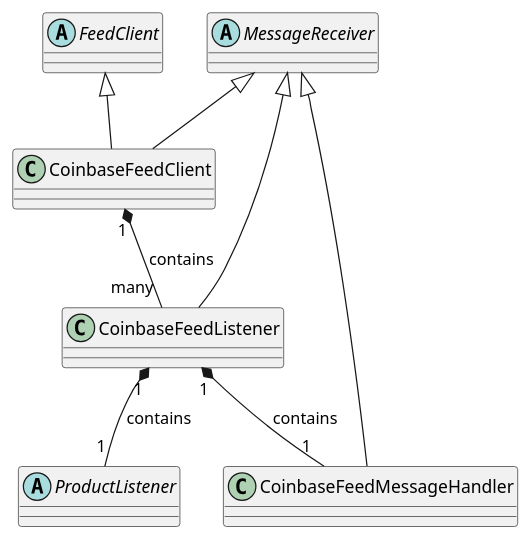
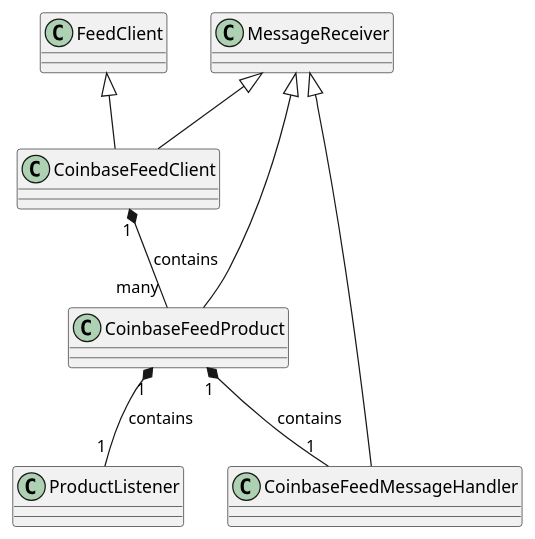
One commit to bapi23/quote-server changed the second of 5 diagrams in docs/markdown.md. Above: the diagram before and after it, drawn with PlantUML. The commit also changed other lines of this file and 25 other files, not shown here.

````diff
--- a/docs/markdown.md
+++ b/docs/markdown.md
@@ -33,20 +32,20 @@
 ```plantuml
-@startuml "FeedClient class diagram"
-abstract FeedClient
+@startuml "FeedClient"
+class FeedClient
 class CoinbaseFeedClient
 
-class CoinbaseFeedListener
+class CoinbaseFeedProduct
 class CoinbaseFeedMessageHandler
-abstract MessageReceiver
-abstract ProductListener
+class MessageReceiver
+class ProductListener
 
-CoinbaseFeedClient "1" *-- "many" CoinbaseFeedListener : contains
+CoinbaseFeedClient "1" *-- "many" CoinbaseFeedProduct : contains
 FeedClient <|-- CoinbaseFeedClient
 MessageReceiver <|-- CoinbaseFeedClient
 MessageReceiver <|-- CoinbaseFeedMessageHandler
-MessageReceiver <|-- CoinbaseFeedListener
+MessageReceiver <|-- CoinbaseFeedProduct
 
-CoinbaseFeedListener "1" *-- "1" CoinbaseFeedMessageHandler : contains
-CoinbaseFeedListener "1" *-- "1" ProductListener : contains
+CoinbaseFeedProduct "1" *-- "1" CoinbaseFeedMessageHandler : contains
+CoinbaseFeedProduct "1" *-- "1" ProductListener : contains
 @enduml
 ```
````
